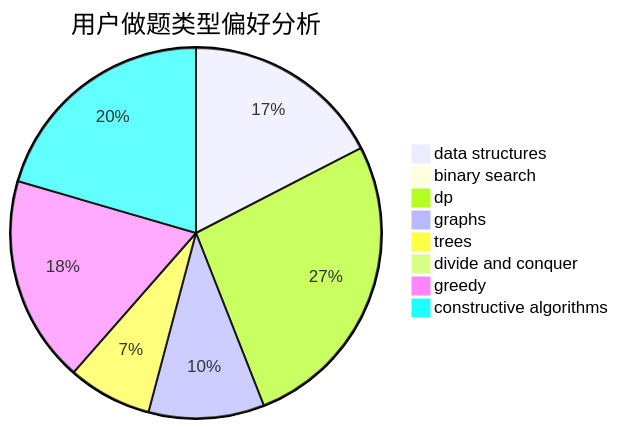
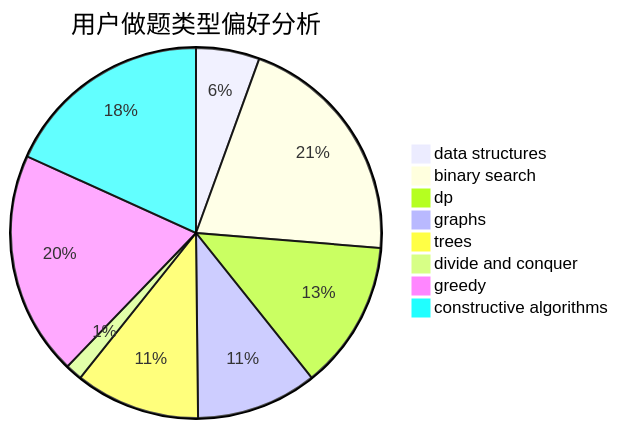
Before and after one commit to sherpahu/cfrs.github.io: the second of 3 diagrams in docs/user/u726.md, drawn with Mermaid. The commit also changed other lines of this file and 2770 other files, not shown here.

````diff
--- a/docs/user/u726.md
+++ b/docs/user/u726.md
@@ -23,11 +23,11 @@
 ```mermaid
 pie title 用户做题类型偏好分析
-    "data structures" :  57
-    "binary search" :  0
-    "dp" :  87
-    "graphs" :  33
-    "trees" :  24
-    "divide and conquer" :  0
-    "greedy" :  59
-    "constructive algorithms" :  67
+    "data structures" :  94
+    "binary search" :  352
+    "dp" :  220
+    "graphs" :  179
+    "trees" :  185
+    "divide and conquer" :  25
+    "greedy" :  332
+    "constructive algorithms" :  309
 ```
````
